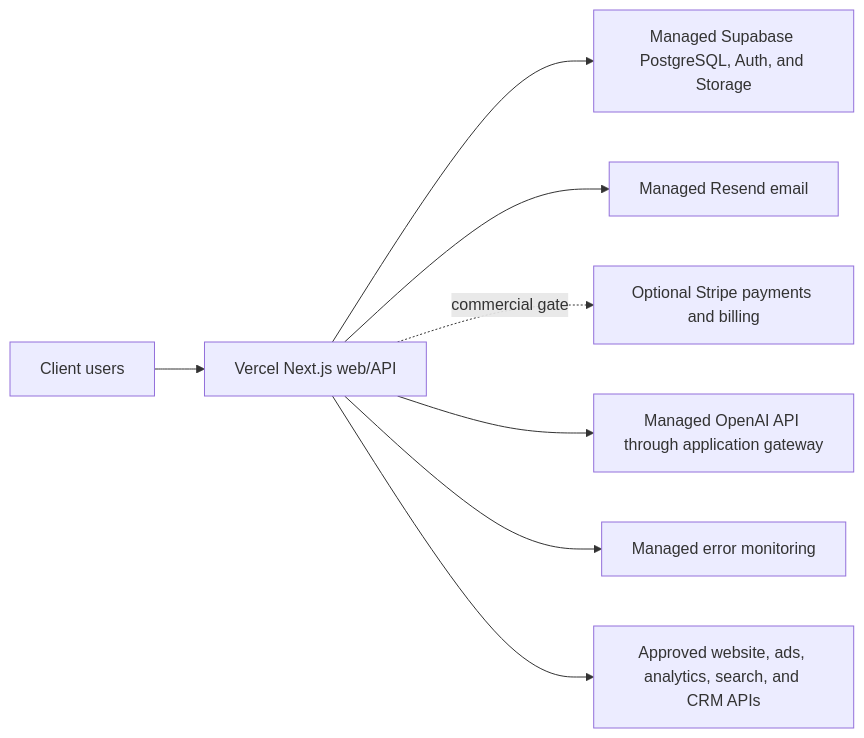
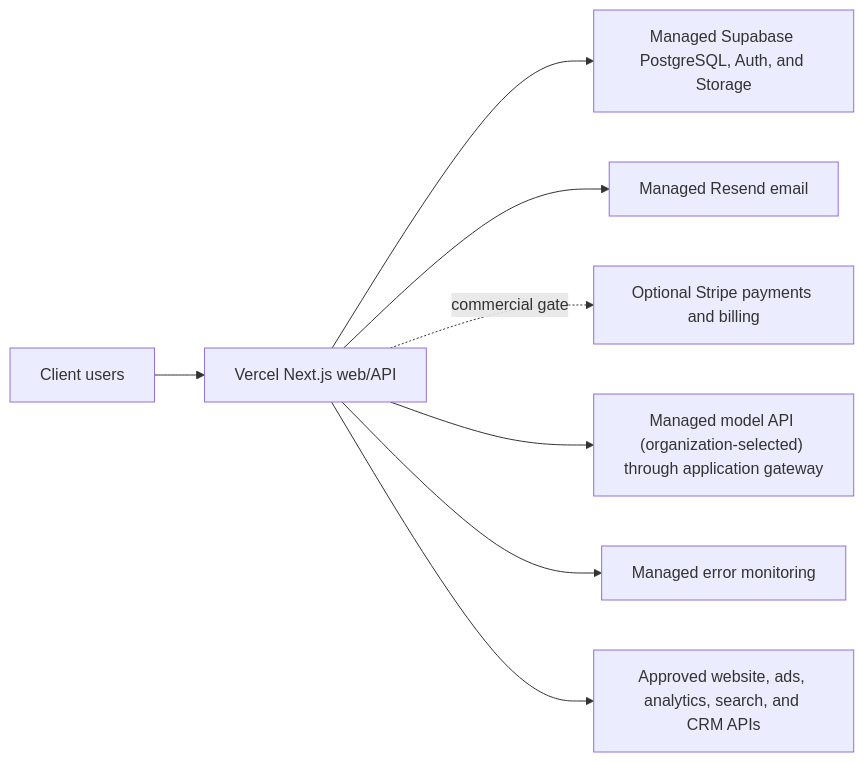
The first of 2 diagrams in docs/development/architecture/cloud-hosting-and-service-delivery.md (rspeciale0519/agent-ads), drawn with Mermaid before and after one commit. The commit also changed other lines of this file and 72 other files, not shown here.

````diff
--- a/docs/development/architecture/cloud-hosting-and-service-delivery.md
+++ b/docs/development/architecture/cloud-hosting-and-service-delivery.md
@@ -71,10 +71,10 @@
 ```mermaid
 flowchart LR
     U["Client users"] --> V["Vercel Next.js web/API"]
     V --> SB["Managed Supabase PostgreSQL, Auth, and Storage"]
     V --> RS["Managed Resend email"]
     V -. commercial gate .-> ST["Optional Stripe payments and billing"]
-    V --> OA["Managed OpenAI API through application gateway"]
+    V --> OA["Managed model API (organization-selected) through application gateway"]
     V --> SE["Managed error monitoring"]
     V --> EXT["Approved website, ads, analytics, search, and CRM APIs"]
 ```
````
